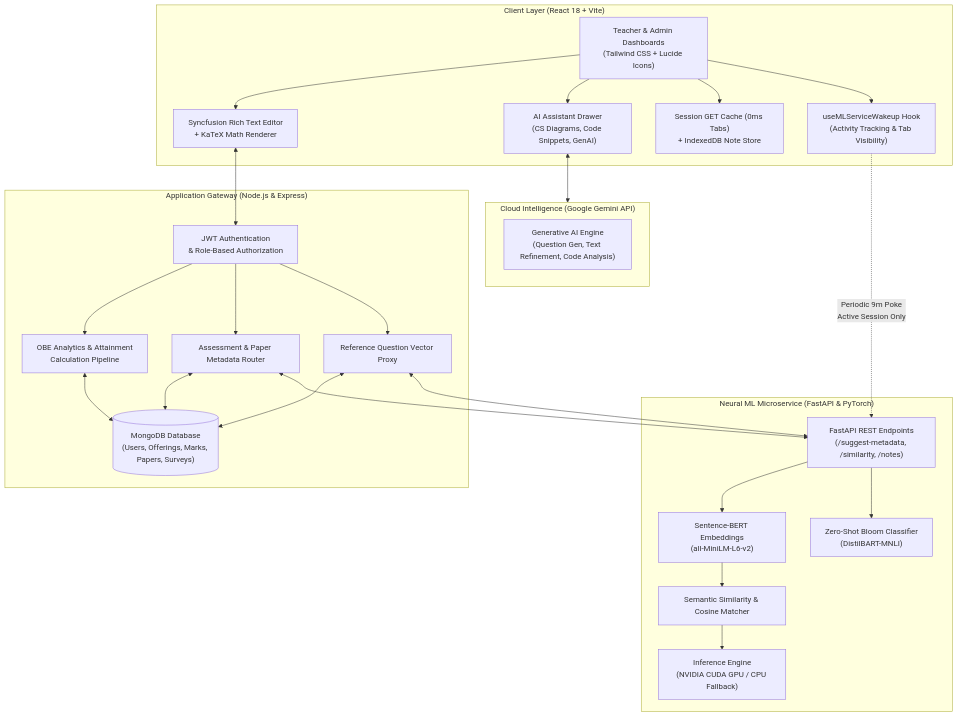
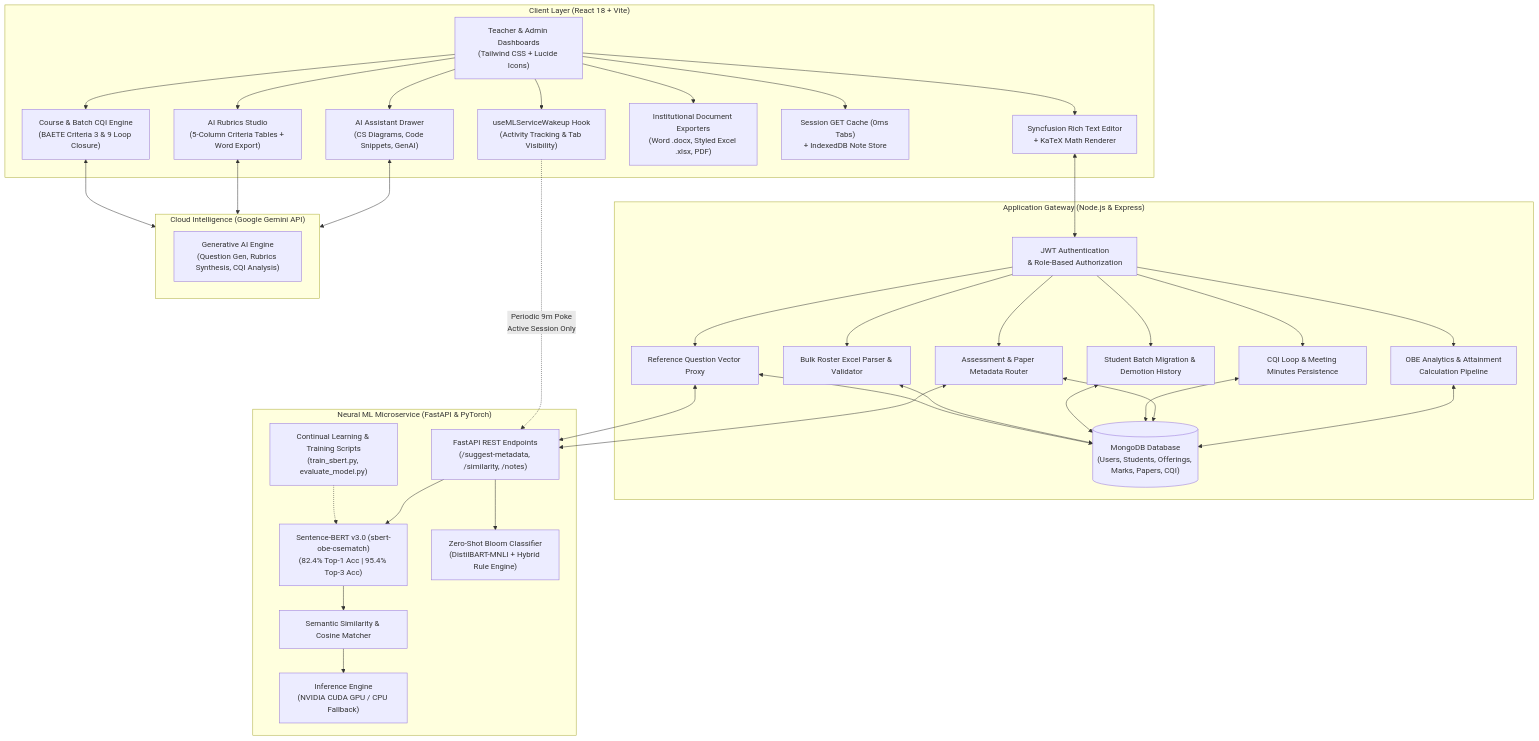
One commit to sarkarjoy86/Student-Outcome-Analyzer changed the first of 7 diagrams in README.md. Above: the diagram before and after it, drawn with Mermaid. The commit also changed other lines of this file, not shown here.

Commit message:
docs(readme): update comprehensive documentation with SBERT v3.0 benchmarks, BAETE CQI, rubrics, and survey modules

````diff
--- a/README.md
+++ b/README.md
@@ -41,50 +46,69 @@
 ```mermaid
 graph TB
     subgraph Client ["Client Layer (React 18 + Vite)"]
         UI["Teacher & Admin Dashboards\n(Tailwind CSS + Lucide Icons)"]
         RTE["Syncfusion Rich Text Editor\n+ KaTeX Math Renderer"]
         AIAssistant["AI Assistant Drawer\n(CS Diagrams, Code Snippets, GenAI)"]
+        RubricsEngine["AI Rubrics Studio\n(5-Column Criteria Tables + Word Export)"]
+        CQIEngine["Course & Batch CQI Engine\n(BAETE Criteria 3 & 9 Loop Closure)"]
+        ExportHub["Institutional Document Exporters\n(Word .docx, Styled Excel .xlsx, PDF)"]
         Cache["Session GET Cache (0ms Tabs)\n+ IndexedDB Note Store"]
         WakeHook["useMLServiceWakeup Hook\n(Activity Tracking & Tab Visibility)"]
     end
 
     subgraph BackendGateway ["Application Gateway (Node.js & Express)"]
         AuthMiddleware["JWT Authentication\n& Role-Based Authorization"]
         OBERoutes["OBE Analytics & Attainment\nCalculation Pipeline"]
         ExamRoutes["Assessment & Paper Metadata Router"]
+        CQIRoutes["CQI Loop & Meeting Minutes Persistence"]
+        MigrationRoutes["Student Batch Migration & Demotion History"]
+        ExcelImportRoutes["Bulk Roster Excel Parser & Validator"]
         NotesRoutes["Reference Question Vector Proxy"]
-        MongoDB[("MongoDB Database\n(Users, Offerings, Marks, Papers, Surveys)")]
+        MongoDB[("MongoDB Database\n(Users, Students, Offerings, Marks, Papers, CQI)")]
     end
 
     subgraph MLMicroservice ["Neural ML Microservice (FastAPI & PyTorch)"]
         MLRouter["FastAPI REST Endpoints\n(/suggest-metadata, /similarity, /notes)"]
-        SBERT["Sentence-BERT Embeddings\n(all-MiniLM-L6-v2)"]
-        ZeroShot["Zero-Shot Bloom Classifier\n(DistilBART-MNLI)"]
+        SBERTV3["Sentence-BERT v3.0 (sbert-obe-csematch)\n(82.4% Top-1 Acc | 95.4% Top-3 Acc)"]
+        ZeroShot["Zero-Shot Bloom Classifier\n(DistilBART-MNLI + Hybrid Rule Engine)"]
         VectorMatch["Semantic Similarity & Cosine Matcher"]
+        ContinualPipeline["Continual Learning & Training Scripts\n(train_sbert.py, evaluate_model.py)"]
         HardwareEngine["Inference Engine\n(NVIDIA CUDA GPU / CPU Fallback)"]
     end
 
     subgraph CloudAI ["Cloud Intelligence (Google Gemini API)"]
-        GeminiEngine["Generative AI Engine\n(Question Gen, Text Refinement, Code Analysis)"]
+        GeminiEngine["Generative AI Engine\n(Question Gen, Rubrics Synthesis, CQI Analysis)"]
     end
 
     UI --> RTE
     UI --> AIAssistant
+    UI --> RubricsEngine
+    UI --> CQIEngine
+    UI --> ExportHub
     UI --> Cache
     UI --> WakeHook
     RTE <--> AuthMiddleware
     AIAssistant <--> CloudAI
+    RubricsEngine <--> CloudAI
+    CQIEngine <--> CloudAI
     WakeHook -.->|Periodic 9m Poke\nActive Session Only| MLRouter
     AuthMiddleware --> OBERoutes
     AuthMiddleware --> ExamRoutes
+    AuthMiddleware --> CQIRoutes
+    AuthMiddleware --> MigrationRoutes
+    AuthMiddleware --> ExcelImportRoutes
     AuthMiddleware --> NotesRoutes
     OBERoutes <--> MongoDB
     ExamRoutes <--> MongoDB
+    CQIRoutes <--> MongoDB
+    MigrationRoutes <--> MongoDB
+    ExcelImportRoutes <--> MongoDB
     NotesRoutes <--> MongoDB
     ExamRoutes <--> MLRouter
     NotesRoutes <--> MLRouter
-    MLRouter --> SBERT
+    MLRouter --> SBERTV3
     MLRouter --> ZeroShot
-    SBERT --> VectorMatch
+    SBERTV3 --> VectorMatch
     VectorMatch --> HardwareEngine
+    ContinualPipeline -.-> SBERTV3
 ```
````
